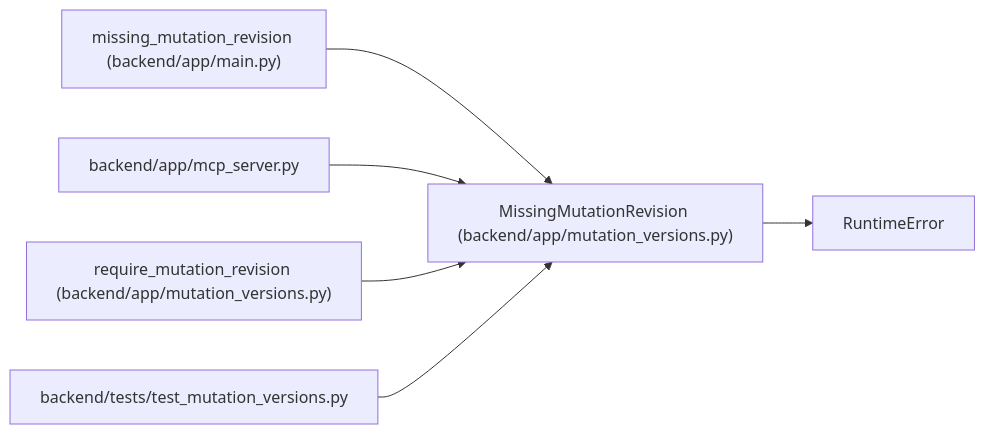
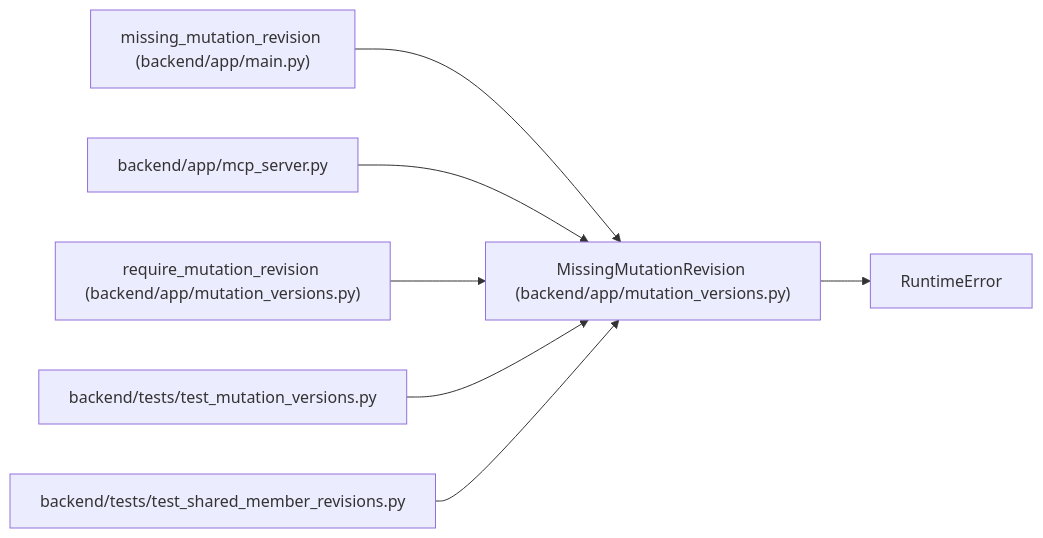
One commit to Denissvgn/WorkChord changed the diagram in docs/llm_wiki/entities/MissingMutationRevision.md. Above: the diagram before and after it, drawn with Mermaid. The commit also changed other lines of this file and 555 other files, not shown here.

````diff
--- a/docs/llm_wiki/entities/MissingMutationRevision.md
+++ b/docs/llm_wiki/entities/MissingMutationRevision.md
@@ -26,19 +26,22 @@
 ```mermaid
 flowchart LR
     n0["MissingMutationRevision (backend/app/mutation_versions.py)"]
     n1["RuntimeError"]
     n2["missing_mutation_revision (backend/app/main.py)"]
     n3["backend/app/mcp_server.py"]
     n4["require_mutation_revision (backend/app/mutation_versions.py)"]
     n5["backend/tests/test_mutation_versions.py"]
+    n6["backend/tests/test_shared_member_revisions.py"]
     n0 --> n1
     n2 --> n0
     n3 --> n0
     n4 --> n0
     n5 --> n0
+    n6 --> n0
     click n0 "../modules/mutation_versions.md"
     click n2 "../modules/app_main.md"
     click n3 "../modules/mcp_server.md"
     click n4 "../modules/mutation_versions.md"
     click n5 "../modules/test_mutation_versions.md"
+    click n6 "../modules/test_shared_member_revisions.md"
 ```
````
